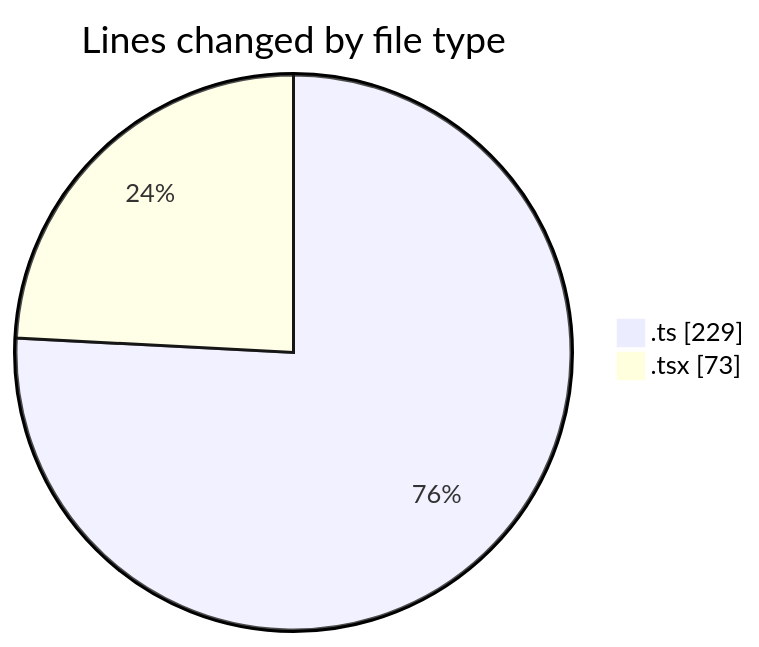
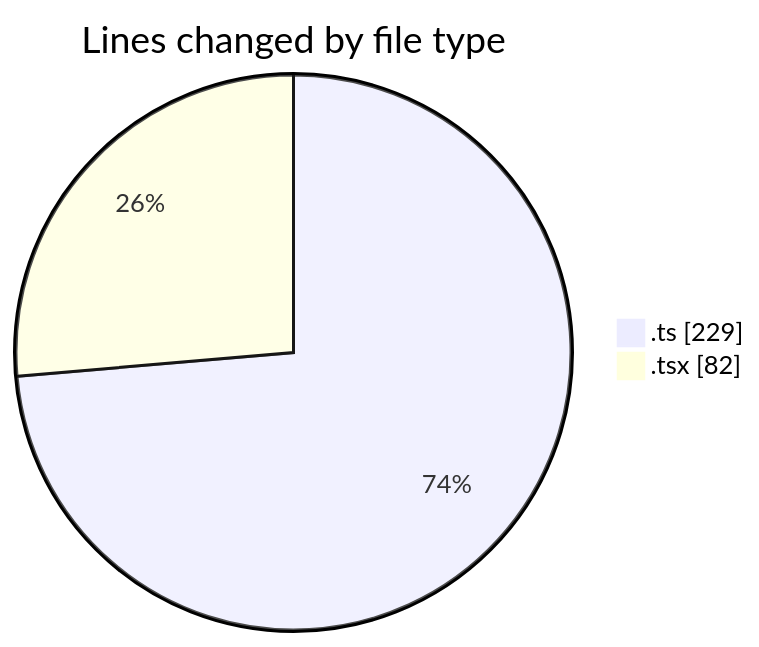
Before and after one commit to julien-gomy/code-tracking: the first of 2 diagrams in 2025-11-24/eventscop-frontend-guide__workspace_/README.md, drawn with Mermaid. The commit also changed other lines of this file and 1 other file, not shown here.

````diff
--- a/2025-11-24/eventscop-frontend-guide__workspace_/README.md
+++ b/2025-11-24/eventscop-frontend-guide__workspace_/README.md
@@ -24,6 +24,6 @@
 ```mermaid
 pie showData
 title Lines changed by file type
 ".ts" : 229
-".tsx" : 73
+".tsx" : 82
 ```
````
